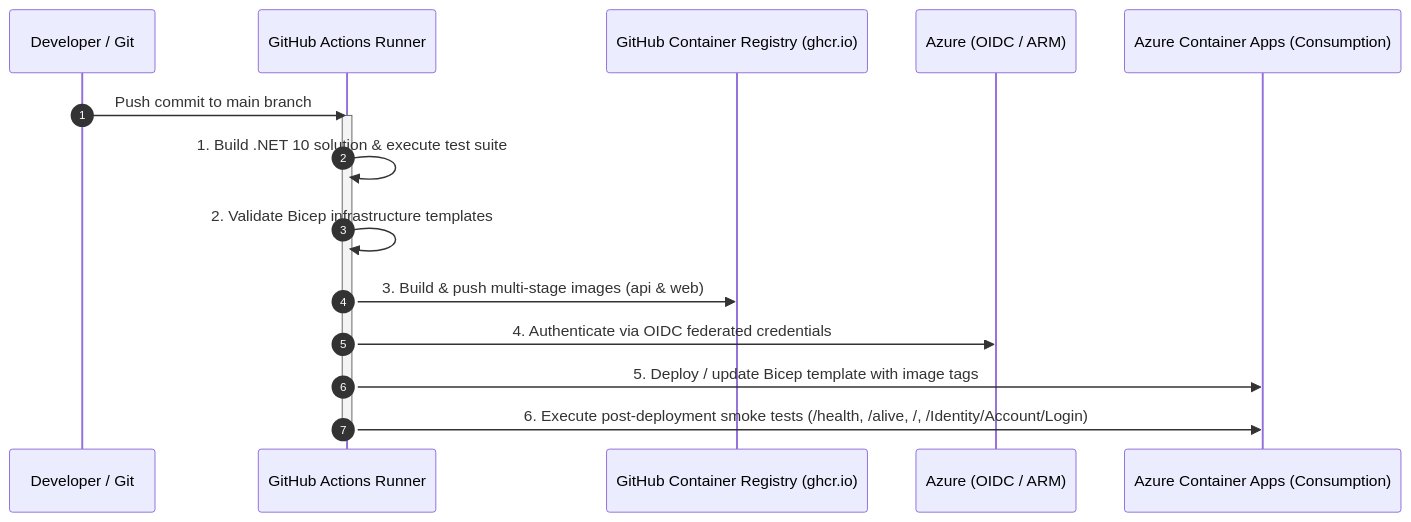
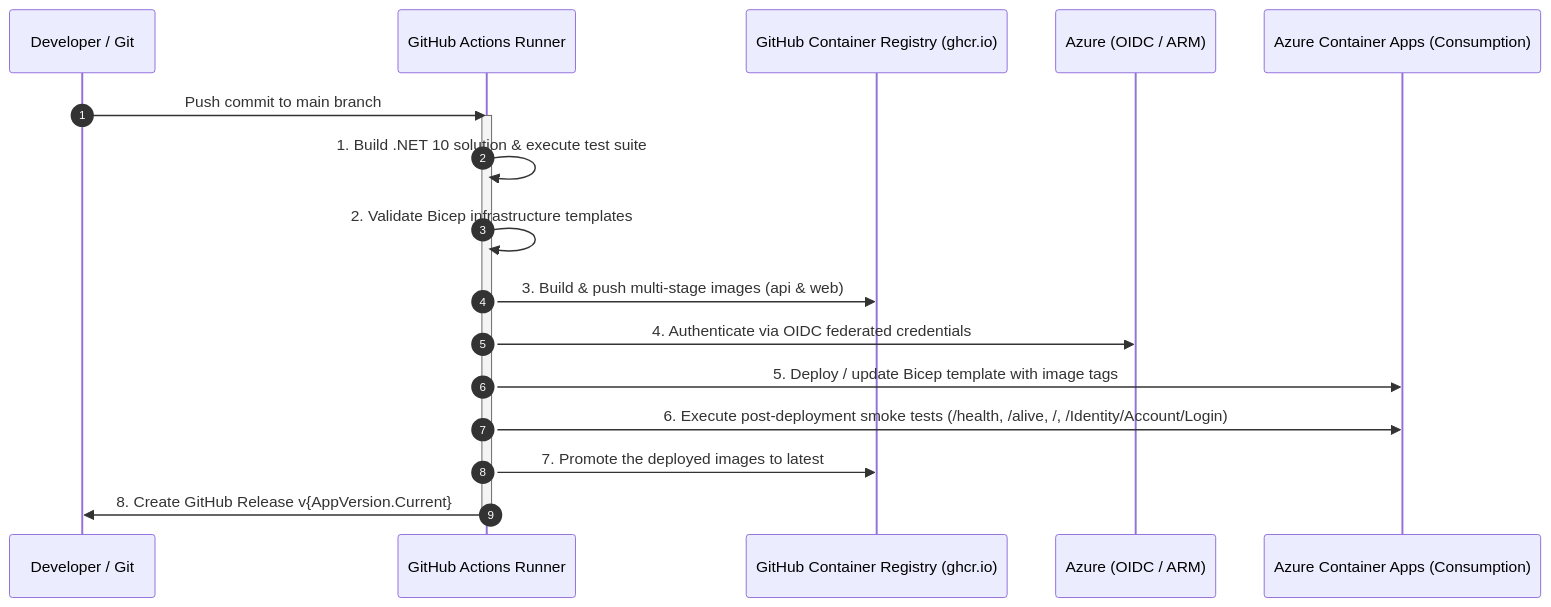
One commit to tngo0508/PersonalFinance changed the diagram in docs/DEVELOPMENT.md. Above: the diagram before and after it, drawn with Mermaid. The commit also changed other lines of this file and 12 other files, not shown here.

First line of the commit message:
ci: create a GitHub Release after each successful deploy and release 4.2.0

````diff
--- a/docs/DEVELOPMENT.md
+++ b/docs/DEVELOPMENT.md
@@ -954,19 +955,21 @@
 ```mermaid
 sequenceDiagram
     autonumber
     participant Dev as Developer / Git
     participant GHA as GitHub Actions Runner
     participant GHCR as GitHub Container Registry (ghcr.io)
     participant Azure as Azure (OIDC / ARM)
     participant ACA as Azure Container Apps (Consumption)
 
     Dev->>GHA: Push commit to main branch
     activate GHA
     GHA->>GHA: 1. Build .NET 10 solution & execute test suite
     GHA->>GHA: 2. Validate Bicep infrastructure templates
     GHA->>GHCR: 3. Build & push multi-stage images (api & web)
     GHA->>Azure: 4. Authenticate via OIDC federated credentials
     GHA->>ACA: 5. Deploy / update Bicep template with image tags
     GHA->>ACA: 6. Execute post-deployment smoke tests (/health, /alive, /, /Identity/Account/Login)
+    GHA->>GHCR: 7. Promote the deployed images to latest
+    GHA->>Dev: 8. Create GitHub Release v{AppVersion.Current}
     deactivate GHA
 ```
````
